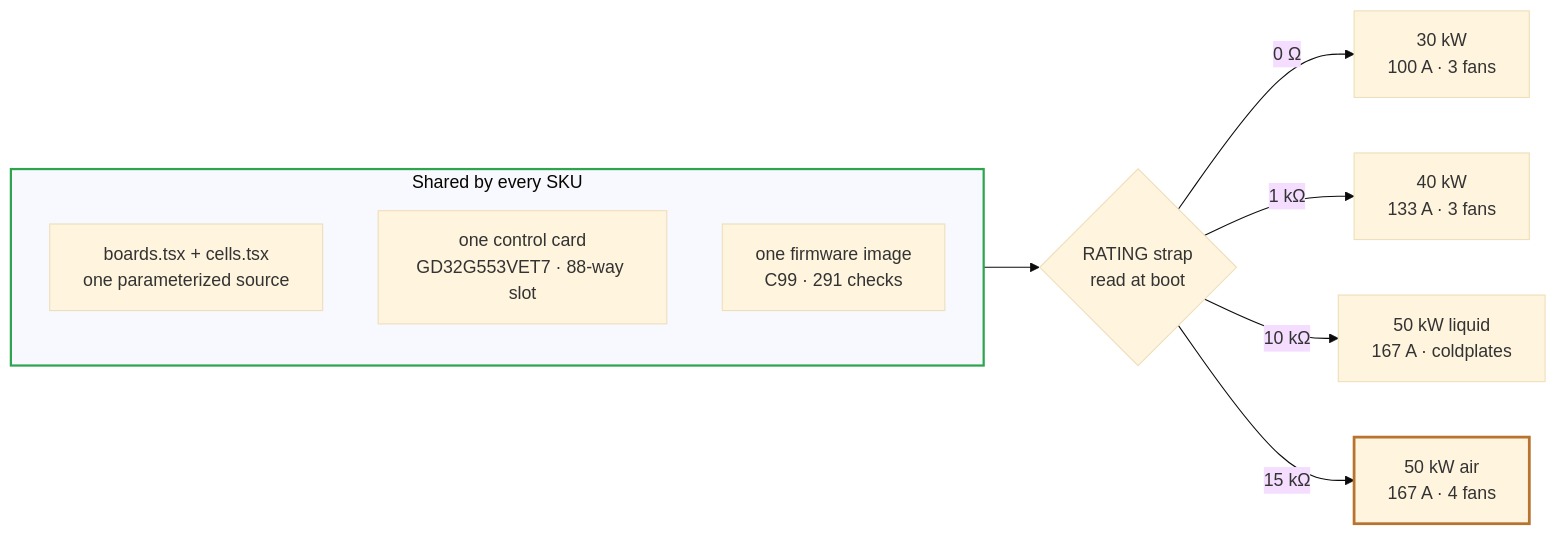
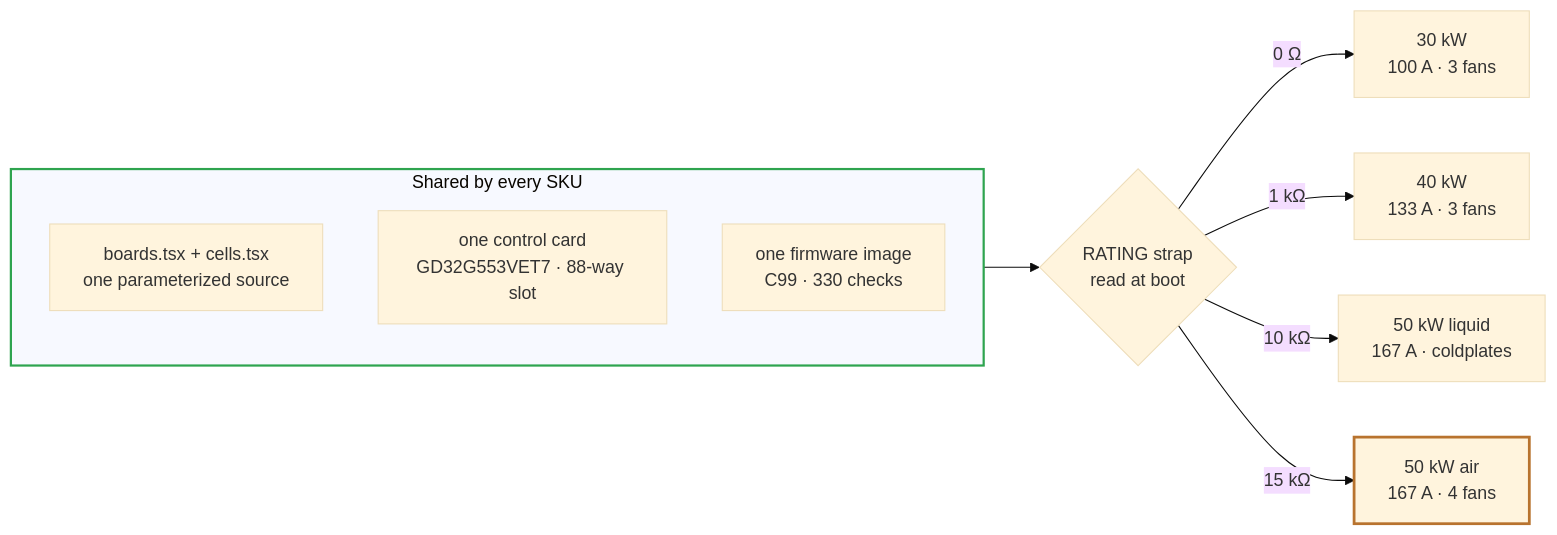
Before and after one commit to vectivolt/DC-Modules: the second of 3 diagrams in boards/README-module-family.md, drawn with Mermaid (base theme). The commit also changed other lines of this file and 338 other files, not shown here.

````diff
--- a/boards/README-module-family.md
+++ b/boards/README-module-family.md
@@ -53,17 +53,17 @@
 ```mermaid
 flowchart LR
   subgraph SHARED["Shared by every SKU"]
     direction TB
     SRC["boards.tsx + cells.tsx<br/>one parameterized source"]
     CARD["one control card<br/>GD32G553VET7 · 88-way slot"]
-    FW["one firmware image<br/>C99 · 291 checks"]
+    FW["one firmware image<br/>C99 · 330 checks"]
   end
   STRAP{"RATING strap<br/>read at boot"}
   SHARED --> STRAP
   STRAP -- "0 Ω" --> M30["30 kW<br/>100 A · 3 fans"]
   STRAP -- "1 kΩ" --> M40["40 kW<br/>133 A · 3 fans"]
   STRAP -- "10 kΩ" --> M50L["50 kW liquid<br/>167 A · coldplates"]
   STRAP -- "15 kΩ" --> M50A["50 kW air<br/>167 A · 4 fans"]
   style SHARED stroke:#2ea44f,stroke-width:2px
   style M50A stroke:#b8732e,stroke-width:2.5px
 ```
````
